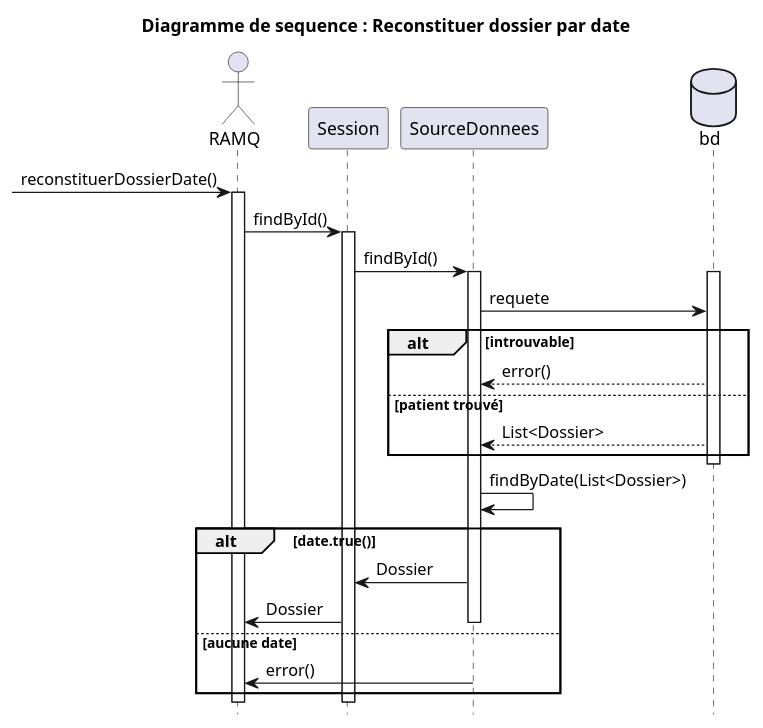
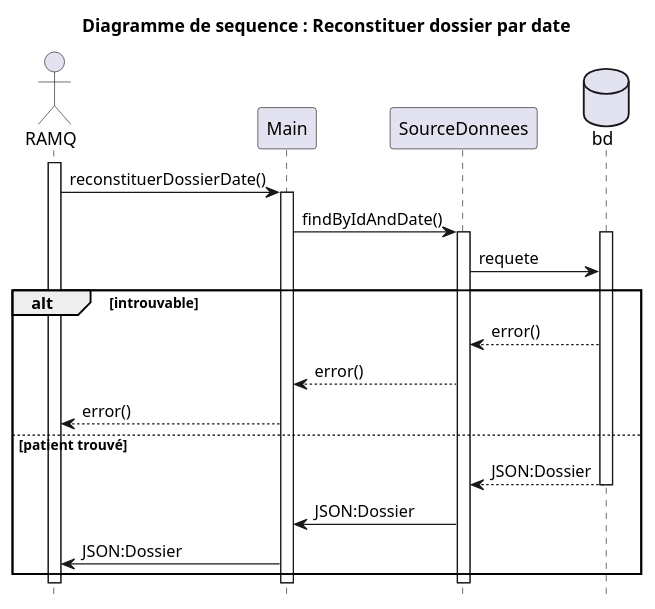
One commit to fethiuqam/INF5153-Projet-Session changed the diagram in models/Diagramme_Sequences/Reconstruire_dossier_date/dossierDate_code.puml. Above: the diagram before and after it, drawn with PlantUML. The commit also changed 1 other file, not shown here.

Commit message:
modification des diagrammes de sequences

```diff
--- a/models/Diagramme_Sequences/Reconstruire_dossier_date/dossierDate_code.puml
+++ b/models/Diagramme_Sequences/Reconstruire_dossier_date/dossierDate_code.puml
@@ -1,32 +1,29 @@
 @startuml
 title Diagramme de sequence : Reconstituer dossier par date
 hide footbox
 Actor "RAMQ" as ramq
--> ramq: reconstituerDossierDate()
 activate ramq
 hide footbox
-ramq -> Session: findById()
-activate Session
-Session -> SourceDonnees: findById()
+ramq -> Main: reconstituerDossierDate()
+activate Main
+Main -> SourceDonnees: findByIdAndDate()
 activate SourceDonnees
 database Bd as "bd"
 activate Bd
 SourceDonnees -> Bd: requete
 alt introuvable
 Bd --> SourceDonnees: error()
+SourceDonnees --> Main: error()
+Main --> ramq: error()
 else patient trouvé
-Bd --> SourceDonnees:List<Dossier>
+Bd --> SourceDonnees:JSON:Dossier
+deactivate Bd
+SourceDonnees -> Main: JSON:Dossier
+Main -> ramq: JSON:Dossier
 end
-deactivate Bd
-SourceDonnees -> SourceDonnees: findByDate(List<Dossier>)
-alt date.true()
-SourceDonnees -> Session: Dossier
-Session -> ramq: Dossier
 deactivate SourceDonnees
-else aucune date
-SourceDonnees -> ramq: error()
-end
-deactivate Session
+
+deactivate Main
 deactivate ramq
 
 @enduml
```
